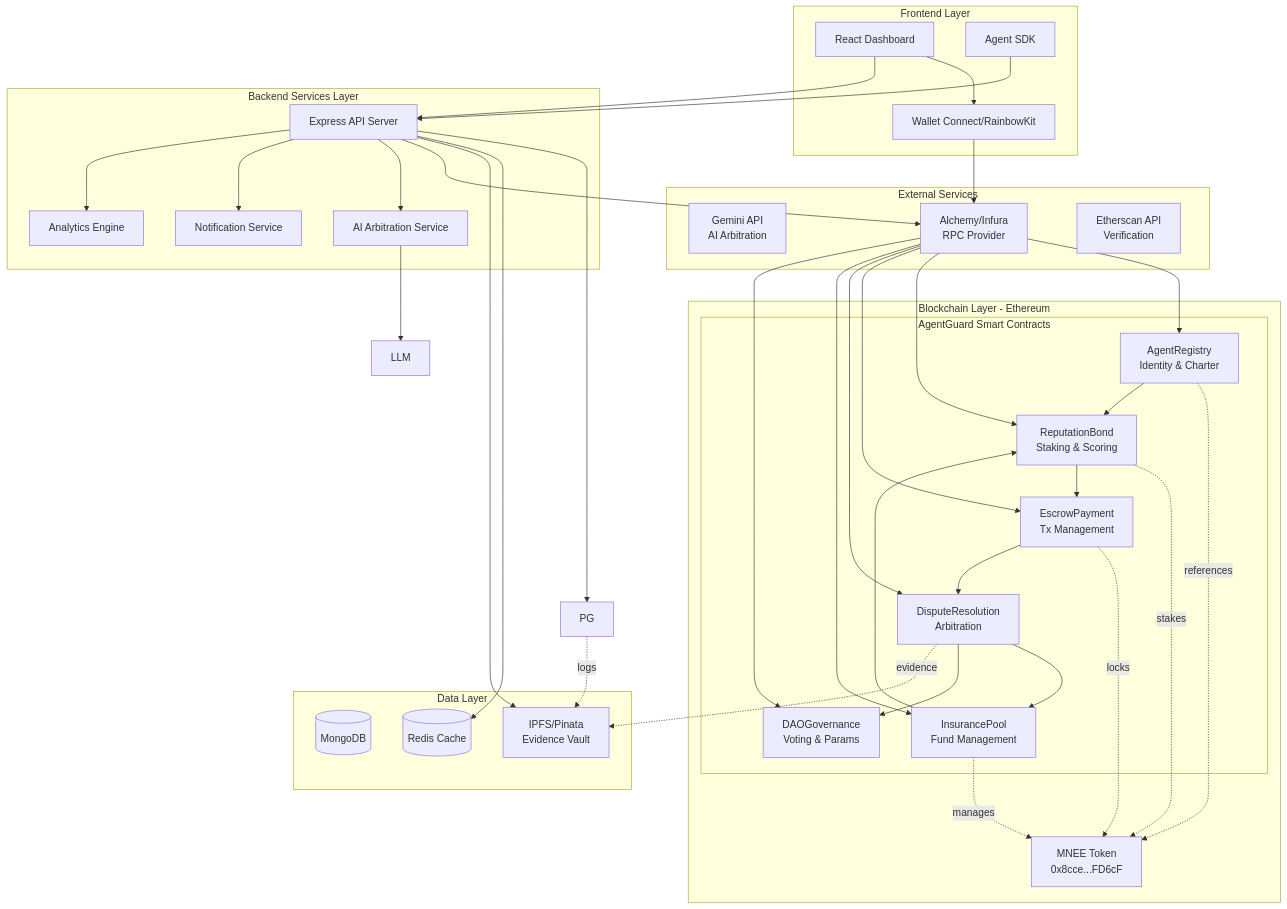
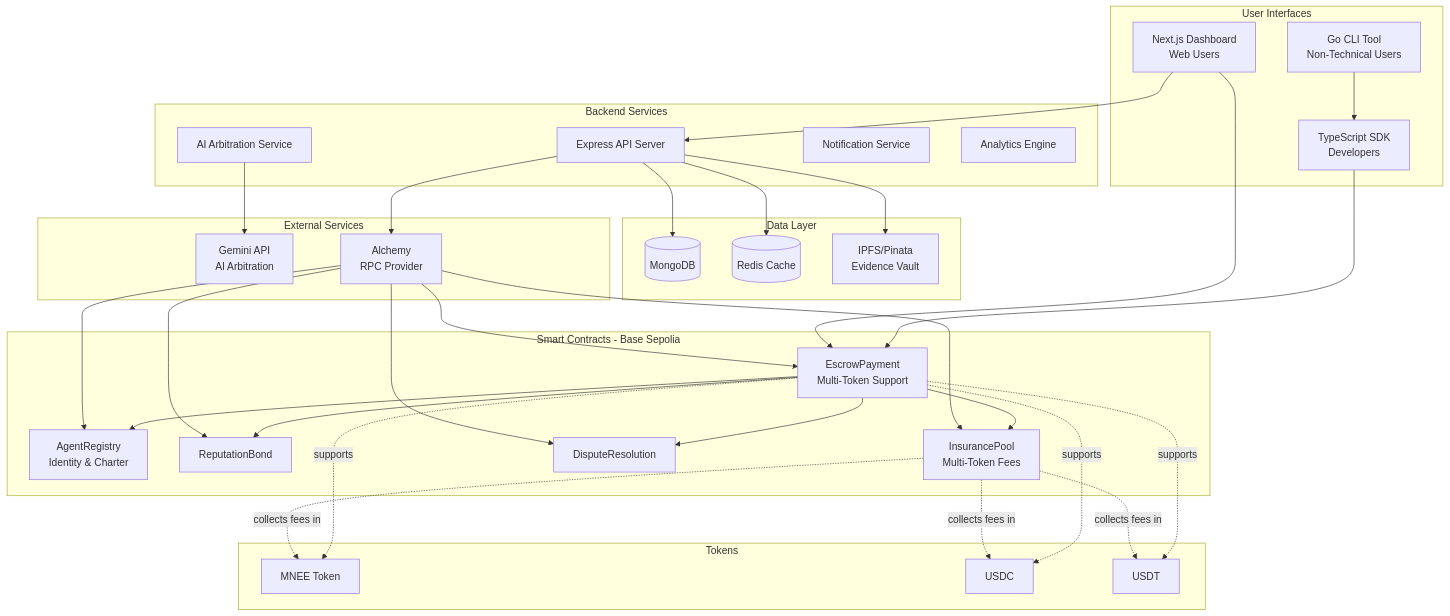
The diagram in technical_readme.md (Teewa56/AgentGaurd), drawn with Mermaid before and after one commit. The commit also changed other lines of this file and 14 other files, not shown here.

````diff
--- a/technical_readme.md
+++ b/technical_readme.md
@@ -67,76 +78,76 @@
 ```mermaid
 graph TB
-    subgraph "Frontend Layer"
-        UI[React Dashboard]
-        WC[Wallet Connect/RainbowKit]
-        SDK[Agent SDK]
+    subgraph "User Interfaces"
+        CLI[Go CLI Tool<br/>Non-Technical Users]
+        SDK[TypeScript SDK<br/>Developers]
+        WEB[Next.js Dashboard<br/>Web Users]
     end
 
-    subgraph "Backend Services Layer"
+    subgraph "Backend Services"
         API[Express API Server]
         ARB[AI Arbitration Service]
         NOTIF[Notification Service]
         ANALYTICS[Analytics Engine]
     end
 
     subgraph "Data Layer"
         MD[(MongoDB)]
         REDIS[(Redis Cache)]
         IPFS[IPFS/Pinata<br/>Evidence Vault]
     end
 
-    subgraph "Blockchain Layer - Ethereum"
-        MNEE[MNEE Token<br/>0x8cce...FD6cF]
-        
-        subgraph "AgentGuard Smart Contracts"
-            REG[AgentRegistry<br/>Identity & Charter]
-            BOND[ReputationBond<br/>Staking & Scoring]
-            ESC[EscrowPayment<br/>Tx Management]
-            DISP[DisputeResolution<br/>Arbitration]
-            POOL[InsurancePool<br/>Fund Management]
-            GOV[DAOGovernance<br/>Voting & Params]
-        end
+    subgraph "Smart Contracts - Base Sepolia"
+        REG[AgentRegistry<br/>Identity & Charter]
+        ESC[EscrowPayment<br/>Multi-Token Support]
+        BOND[ReputationBond]
+        POOL[InsurancePool<br/>Multi-Token Fees]
+        DISP[DisputeResolution]
+    end
+
+    subgraph "Tokens"
+        MNEE[MNEE Token]
+        USDC[USDC]
+        USDT[USDT]
     end
 
     subgraph "External Services"
         Gemini[Gemini API<br/>AI Arbitration]
-        ALCHEMY[Alchemy/Infura<br/>RPC Provider]
-        ETHERSCAN[Etherscan API<br/>Verification]
+        ALCHEMY[Alchemy<br/>RPC Provider]
     end
 
-    UI --> WC
-    UI --> API
-    SDK --> API
-    WC --> ALCHEMY
+    %% User Interface Connections
+    CLI --> SDK
+    SDK --> ESC
+    WEB --> ESC
+    WEB --> API
     
-    API --> PG
+    %% Contract Interactions
+    ESC --> REG
+    ESC --> BOND
+    ESC --> POOL
+    ESC --> DISP
+    
+    %% Token Support (EscrowPayment supports these tokens)
+    ESC -.supports.-> MNEE
+    ESC -.supports.-> USDC
+    ESC -.supports.-> USDT
+    
+    %% Fee Collection (InsurancePool collects fees in these tokens)
+    POOL -.collects fees in.-> MNEE
+    POOL -.collects fees in.-> USDC
+    POOL -.collects fees in.-> USDT
+    
+    %% Backend Connections
+    API --> MD
     API --> REDIS
     API --> IPFS
     API --> ALCHEMY
-    ARB --> LLM
-    API --> ARB
-    API --> NOTIF
-    API --> ANALYTICS
+    ARB --> Gemini
     
+    %% Blockchain RPC Connections
     ALCHEMY --> REG
+    ALCHEMY --> ESC
     ALCHEMY --> BOND
-    ALCHEMY --> ESC
+    ALCHEMY --> POOL
     ALCHEMY --> DISP
-    ALCHEMY --> POOL
-    ALCHEMY --> GOV
-    
-    REG -.references.-> MNEE
-    BOND -.stakes.-> MNEE
-    ESC -.locks.-> MNEE
-    POOL -.manages.-> MNEE
-    
-    REG --> BOND
-    BOND --> ESC
-    ESC --> DISP
-    DISP --> POOL
-    DISP --> GOV
-    POOL --> BOND
-    
-    PG -.logs.-> IPFS
-    DISP -.evidence.-> IPFS
 ```
````
